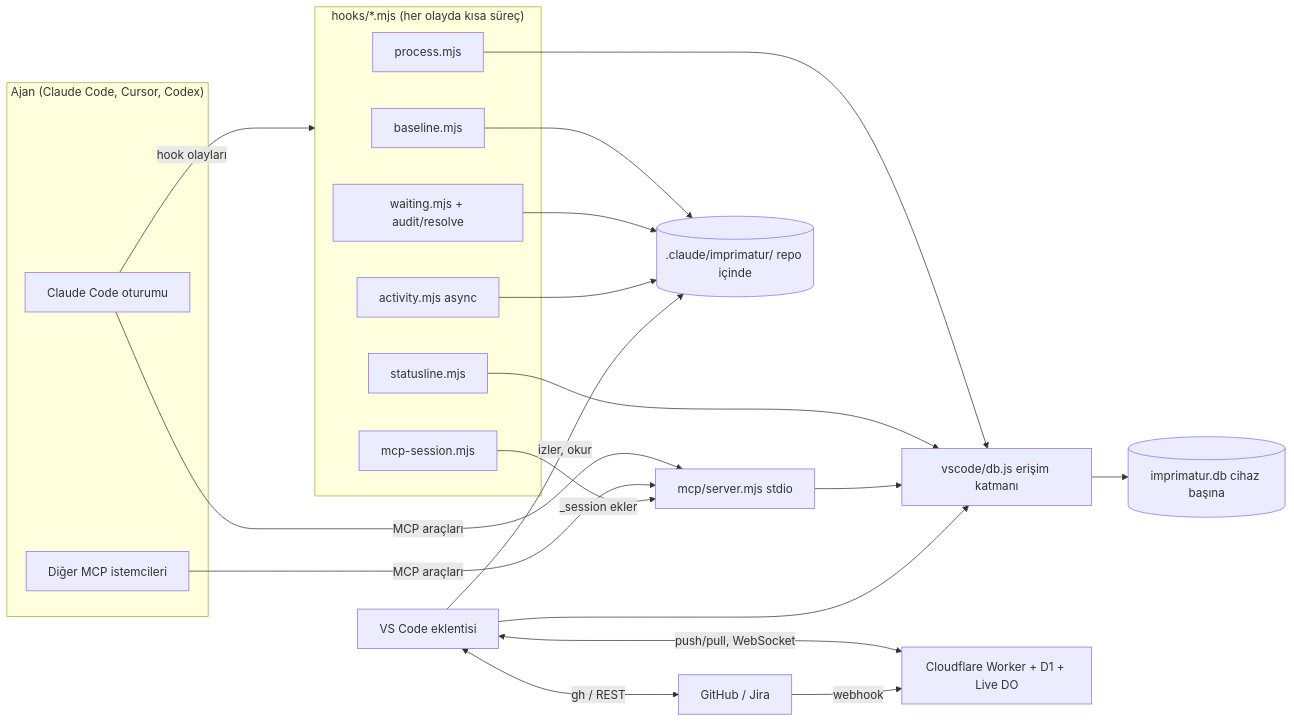
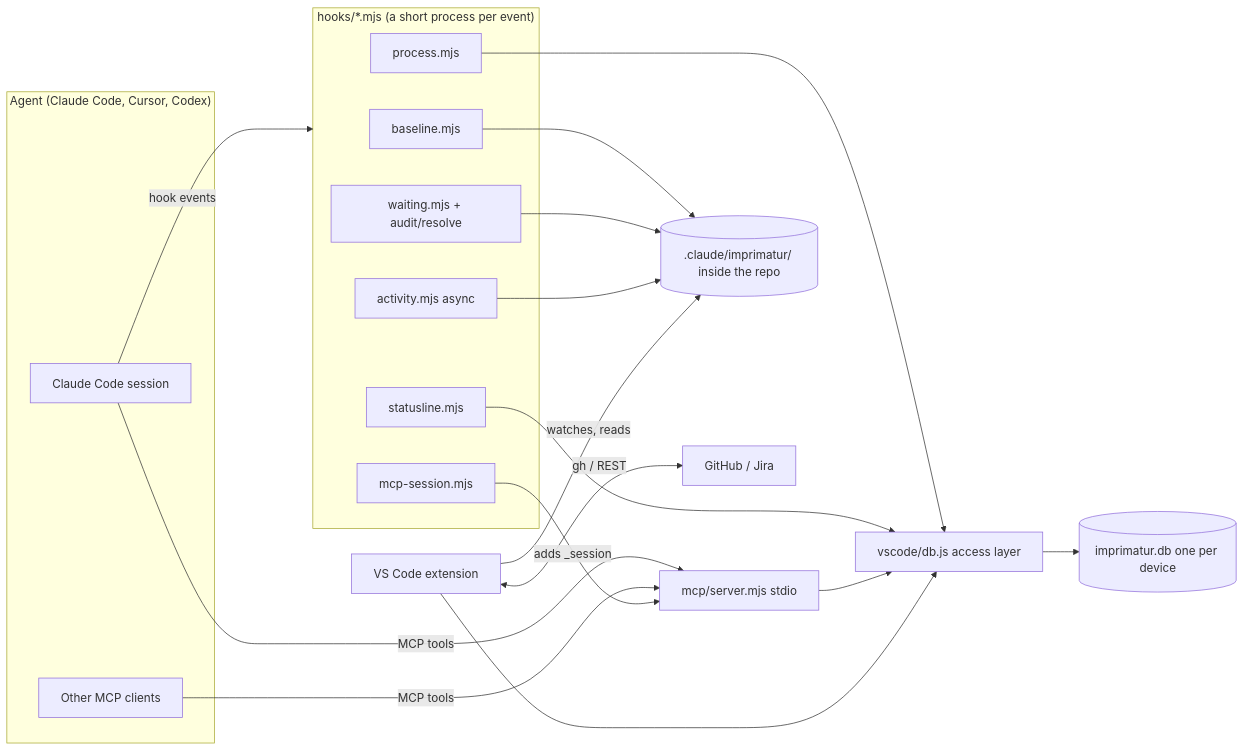
Before and after one commit to halilural/imprimatur: the first of 2 diagrams in docs/ARCHITECTURE.md, drawn with Mermaid. The commit also changed other lines of this file and 2 other files, not shown here.

````diff
--- a/docs/ARCHITECTURE.md
+++ b/docs/ARCHITECTURE.md
@@ -62,38 +61,35 @@
 ```mermaid
 flowchart LR
-  subgraph Ajan["Ajan (Claude Code, Cursor, Codex)"]
-    CC[Claude Code oturumu]
-    OA[Diğer MCP istemcileri]
+  subgraph Agent["Agent (Claude Code, Cursor, Codex)"]
+    CC[Claude Code session]
+    OA[Other MCP clients]
   end
-  subgraph Hooks["hooks/*.mjs (her olayda kısa süreç)"]
+  subgraph Hooks["hooks/*.mjs (a short process per event)"]
     BL[baseline.mjs]
     WT[waiting.mjs + audit/resolve]
     AC[activity.mjs async]
     PR[process.mjs]
     MS[mcp-session.mjs]
     SL[statusline.mjs]
   end
   MCP[mcp/server.mjs stdio]
-  DBJS[vscode/db.js erişim katmanı]
-  DB[(imprimatur.db cihaz başına)]
-  FS[(.claude/imprimatur/ repo içinde)]
-  EXT[VS Code eklentisi]
-  W[Cloudflare Worker + D1 + Live DO]
+  DBJS[vscode/db.js access layer]
+  DB[(imprimatur.db one per device)]
+  FS[(.claude/imprimatur/ inside the repo)]
+  EXT[VS Code extension]
   GH[GitHub / Jira]
-  CC -->|hook olayları| Hooks
-  CC -->|MCP araçları| MCP
-  OA -->|MCP araçları| MCP
-  MS -->|_session ekler| MCP
+  CC -->|hook events| Hooks
+  CC -->|MCP tools| MCP
+  OA -->|MCP tools| MCP
+  MS -->|adds _session| MCP
   BL --> FS
   WT --> FS
   AC --> FS
   PR --> DBJS
   SL --> DBJS
   MCP --> DBJS
   DBJS --> DB
   EXT --> DBJS
-  EXT -->|izler, okur| FS
-  EXT <-->|push/pull, WebSocket| W
+  EXT -->|watches, reads| FS
   EXT <-->|gh / REST| GH
-  GH -->|webhook| W
 ```
````
